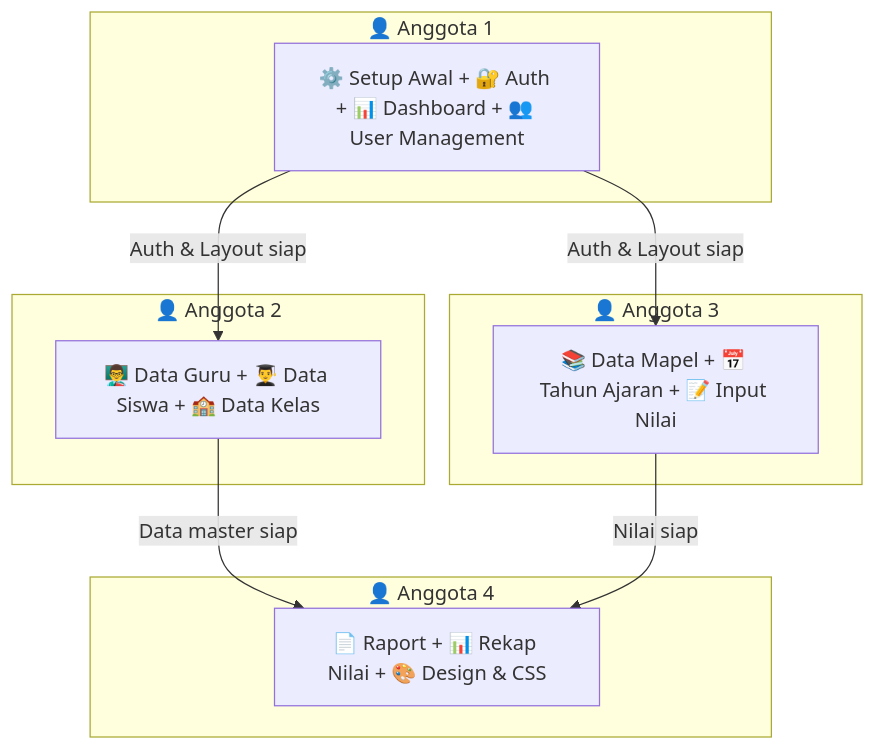
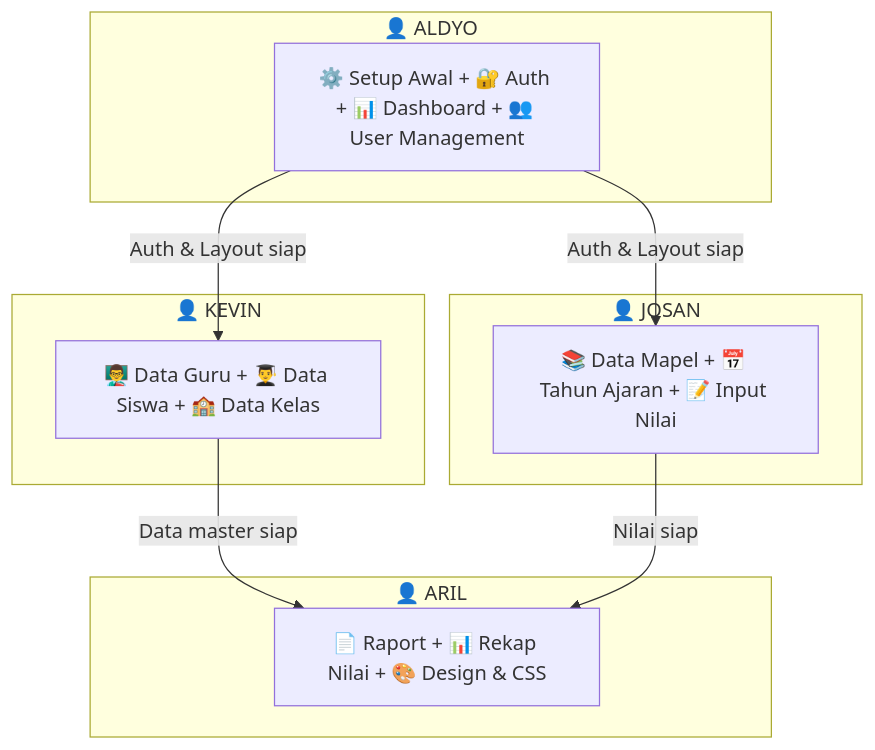
One commit to Aldyo-30/TR-PBP changed the first of 2 diagrams in README.md. Above: the diagram before and after it, drawn with Mermaid. The commit also changed other lines of this file, not shown here.

````diff
--- a/README.md
+++ b/README.md
@@ -9,23 +9,23 @@
 ```mermaid
 graph TB
-    subgraph "👤 Anggota 1"
+    subgraph "👤 ALDYO"
         A["⚙️ Setup Awal + 🔐 Auth + 📊 Dashboard + 👥 User Management"]
     end
     
-    subgraph "👤 Anggota 2"
+    subgraph "👤 KEVIN"
         B["👨‍🏫 Data Guru + 👨‍🎓 Data Siswa + 🏫 Data Kelas"]
     end
     
-    subgraph "👤 Anggota 3"
+    subgraph "👤 JOSAN"
         C["📚 Data Mapel + 📅 Tahun Ajaran + 📝 Input Nilai"]
     end
     
-    subgraph "👤 Anggota 4"
+    subgraph "👤 ARIL"
         D["📄 Raport + 📊 Rekap Nilai + 🎨 Design & CSS"]
     end
     
     A -->|Auth & Layout siap| B
     A -->|Auth & Layout siap| C
     B -->|Data master siap| D
     C -->|Nilai siap| D
 ```
````
